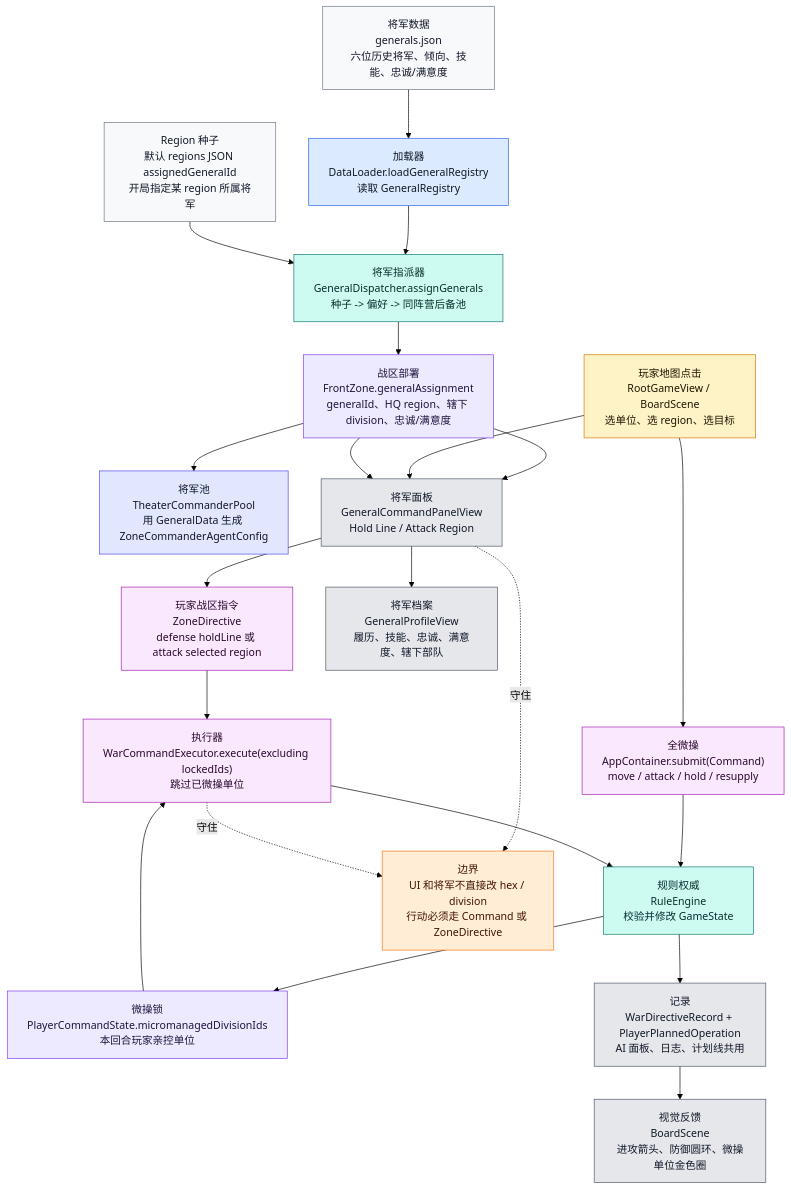
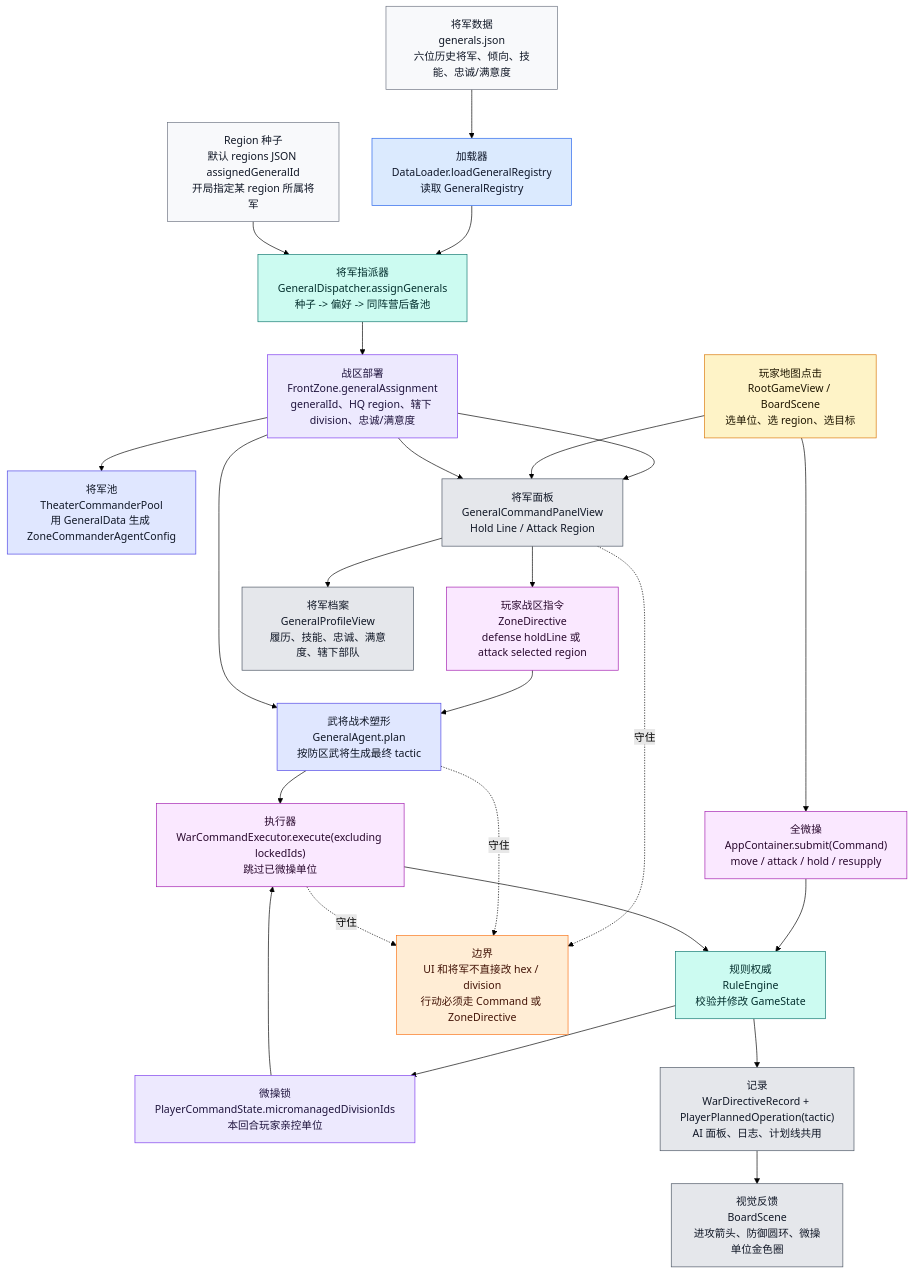
One commit to Altman-sam114/121 changed the eighth of 9 diagrams in md/flow/flowchart.md. Above: the diagram before and after it, drawn with Mermaid (forest theme). The commit also changed other lines of this file and 8 other files, not shown here.

Commit message:
feat(ui): shape player general orders

````diff
--- a/md/flow/flowchart.md
+++ b/md/flow/flowchart.md
@@ -482,42 +485,45 @@
 ```mermaid
 flowchart TD
     GJSON["将军数据<br/>generals.json<br/>六位历史将军、倾向、技能、忠诚/满意度"]:::data
     RJSON["Region 种子<br/>默认 regions JSON assignedGeneralId<br/>开局指定某 region 所属将军"]:::data
     DL["加载器<br/>DataLoader.loadGeneralRegistry<br/>读取 GeneralRegistry"]:::loader
     DISP["将军指派器<br/>GeneralDispatcher.assignGenerals<br/>种子 -> 偏好 -> 同阵营后备池"]:::rules
     FZ["战区部署<br/>FrontZone.generalAssignment<br/>generalId、HQ region、辖下 division、忠诚/满意度"]:::state
     POOL["将军池<br/>TheaterCommanderPool<br/>用 GeneralData 生成 ZoneCommanderAgentConfig"]:::ai
 
     TAP["玩家地图点击<br/>RootGameView / BoardScene<br/>选单位、选 region、选目标"]:::input
     MICRO["全微操<br/>AppContainer.submit(Command)<br/>move / attack / hold / resupply"]:::command
     LOCK["微操锁<br/>PlayerCommandState.micromanagedDivisionIds<br/>本回合玩家亲控单位"]:::state
     GENUI["将军面板<br/>GeneralCommandPanelView<br/>Hold Line / Attack Region"]:::ui
     ZD["玩家战区指令<br/>ZoneDirective<br/>defense holdLine 或 attack selected region"]:::command
+    GENA["武将战术塑形<br/>GeneralAgent.plan<br/>按防区武将生成最终 tactic"]:::ai
     WCE["执行器<br/>WarCommandExecutor.execute(excluding lockedIds)<br/>跳过已微操单位"]:::command
     RE["规则权威<br/>RuleEngine<br/>校验并修改 GameState"]:::rules
-    RECORD["记录<br/>WarDirectiveRecord + PlayerPlannedOperation<br/>AI 面板、日志、计划线共用"]:::ui
+    RECORD["记录<br/>WarDirectiveRecord + PlayerPlannedOperation(tactic)<br/>AI 面板、日志、计划线共用"]:::ui
     BOARD["视觉反馈<br/>BoardScene<br/>进攻箭头、防御圆环、微操单位金色圈"]:::ui
     PROFILE["将军档案<br/>GeneralProfileView<br/>履历、技能、忠诚、满意度、辖下部队"]:::ui
 
     GJSON --> DL --> DISP
     RJSON --> DISP --> FZ --> POOL
     FZ --> GENUI --> PROFILE
     TAP --> MICRO --> RE --> LOCK
     LOCK --> WCE
-    TAP --> GENUI --> ZD --> WCE --> RE --> RECORD --> BOARD
+    TAP --> GENUI --> ZD --> GENA --> WCE --> RE --> RECORD --> BOARD
     FZ --> GENUI
+    FZ --> GENA
 
     WARN["边界<br/>UI 和将军不直接改 hex / division<br/>行动必须走 Command 或 ZoneDirective"]:::warn
     GENUI -.守住.-> WARN
+    GENA -.守住.-> WARN
     WCE -.守住.-> WARN
 
     classDef data fill:#f8f9fb,stroke:#6b7280,color:#111827
     classDef loader fill:#dbeafe,stroke:#2563eb,color:#0f172a
     classDef state fill:#ede9fe,stroke:#7c3aed,color:#1f143d
     classDef ai fill:#e0e7ff,stroke:#4f46e5,color:#111827
     classDef input fill:#fef3c7,stroke:#d97706,color:#1f1600
     classDef command fill:#fae8ff,stroke:#a21caf,color:#2a0a2f
     classDef rules fill:#ccfbf1,stroke:#0f766e,color:#042f2e
     classDef ui fill:#e5e7eb,stroke:#4b5563,color:#111827
     classDef warn fill:#ffedd5,stroke:#f97316,color:#431407
 ```
````
